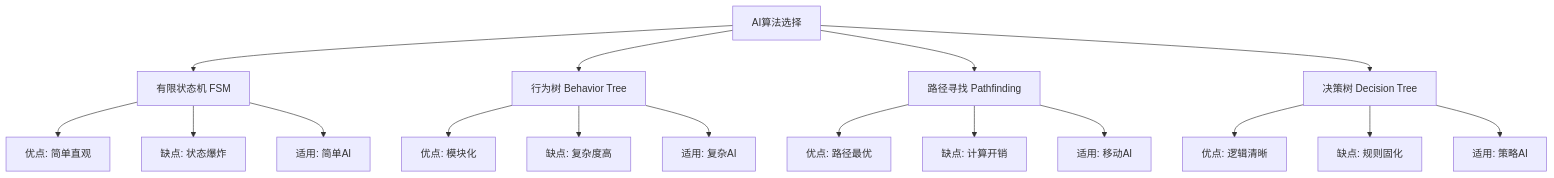
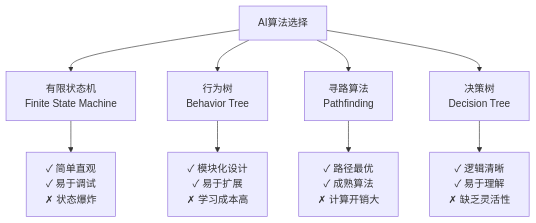
Before and after one commit to youjing-mz/snake: the second of 10 diagrams in 课时3-游戏AI与智能化/README.md, drawn with Mermaid. The commit also changed other lines of this file and 8 other files, not shown here.

````diff
--- a/课时3-游戏AI与智能化/README.md
+++ b/课时3-游戏AI与智能化/README.md
@@ -39,23 +51,12 @@
 ```mermaid
 graph TB
-    A[AI算法选择] --> B[有限状态机 FSM]
-    A --> C[行为树 Behavior Tree]
-    A --> D[路径寻找 Pathfinding]
-    A --> E[决策树 Decision Tree]
+    A[AI算法选择] --> B[有限状态机<br/>Finite State Machine]
+    A --> C[行为树<br/>Behavior Tree]
+    A --> D[寻路算法<br/>Pathfinding]
+    A --> E[决策树<br/>Decision Tree]
     
-    B --> B1[优点: 简单直观]
-    B --> B2[缺点: 状态爆炸]
-    B --> B3[适用: 简单AI]
-    
-    C --> C1[优点: 模块化]
-    C --> C2[缺点: 复杂度高]
-    C --> C3[适用: 复杂AI]
-    
-    D --> D1[优点: 路径最优]
-    D --> D2[缺点: 计算开销]
-    D --> D3[适用: 移动AI]
-    
-    E --> E1[优点: 逻辑清晰]
-    E --> E2[缺点: 规则固化]
-    E --> E3[适用: 策略AI]
+    B --> B1[✓ 简单直观<br/>✓ 易于调试<br/>✗ 状态爆炸]
+    C --> C1[✓ 模块化设计<br/>✓ 易于扩展<br/>✗ 学习成本高]
+    D --> D1[✓ 路径最优<br/>✓ 成熟算法<br/>✗ 计算开销大]
+    E --> E1[✓ 逻辑清晰<br/>✓ 易于理解<br/>✗ 缺乏灵活性]
 ```
````
